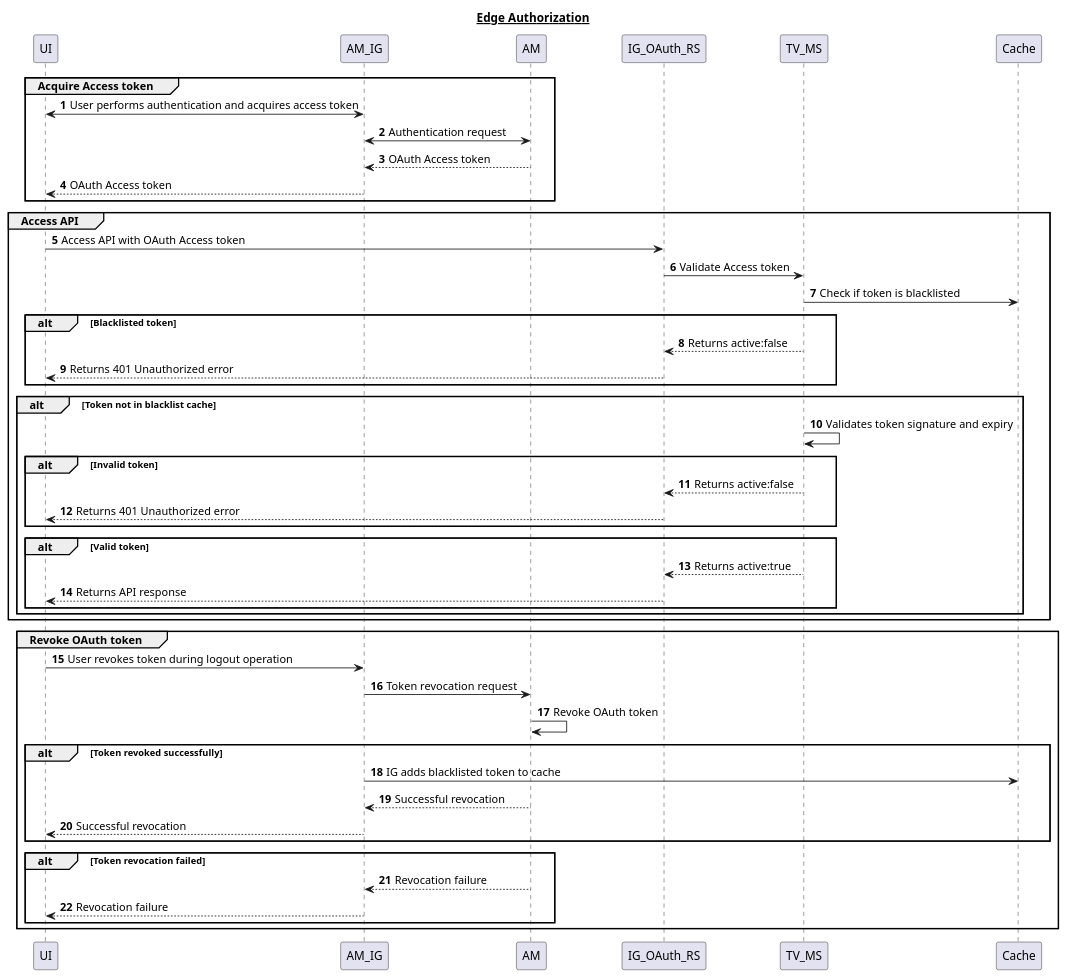
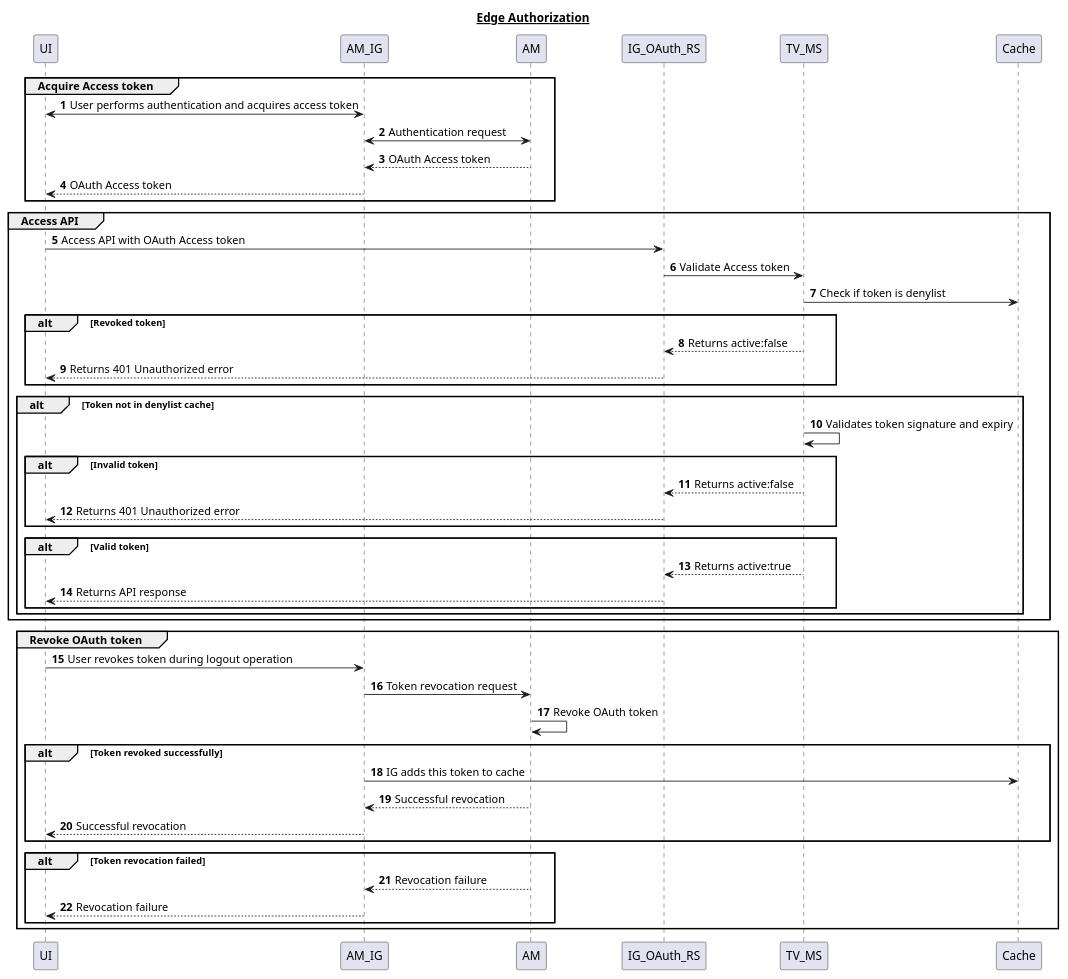
The diagram in diagrams/EdgeAuthzSequence.puml (CharanMann/EdgeAuthz-TokenValidation), drawn with PlantUML before and after one commit. The commit also changed 4 other files, not shown here.

```diff
--- a/diagrams/EdgeAuthzSequence.puml
+++ b/diagrams/EdgeAuthzSequence.puml
@@ -1,48 +1,48 @@
 @startuml
 title __Edge Authorization__
 autonumber
 
 group Acquire Access token
 UI<->AM_IG: User performs authentication and acquires access token
 AM_IG<->AM: Authentication request
 AM-->AM_IG: OAuth Access token
 AM_IG-->UI: OAuth Access token
 end
 
 group Access API
 UI->IG_OAuth_RS: Access API with OAuth Access token
 IG_OAuth_RS->TV_MS: Validate Access token
-TV_MS->Cache: Check if token is blacklisted
-alt Blacklisted token
+TV_MS->Cache: Check if token is denylist
+alt Revoked token
 TV_MS-->IG_OAuth_RS: Returns active:false
 IG_OAuth_RS-->UI: Returns 401 Unauthorized error
 end
-alt Token not in blacklist cache
+alt Token not in denylist cache
 TV_MS->TV_MS: Validates token signature and expiry
 alt Invalid token
 TV_MS-->IG_OAuth_RS: Returns active:false
 IG_OAuth_RS-->UI: Returns 401 Unauthorized error
 end
 alt Valid token
 TV_MS-->IG_OAuth_RS: Returns active:true
 IG_OAuth_RS-->UI: Returns API response
 end
 end
 end
 
 group Revoke OAuth token
 UI->AM_IG: User revokes token during logout operation
 AM_IG->AM: Token revocation request
 AM->AM: Revoke OAuth token
 alt Token revoked successfully
-AM_IG->Cache: IG adds blacklisted token to cache
+AM_IG->Cache: IG adds this token to cache
 AM-->AM_IG: Successful revocation
 AM_IG-->UI: Successful revocation
 end
 alt Token revocation failed
 AM-->AM_IG: Revocation failure
 AM_IG-->UI: Revocation failure
 end
 end
 
 @enduml
```
